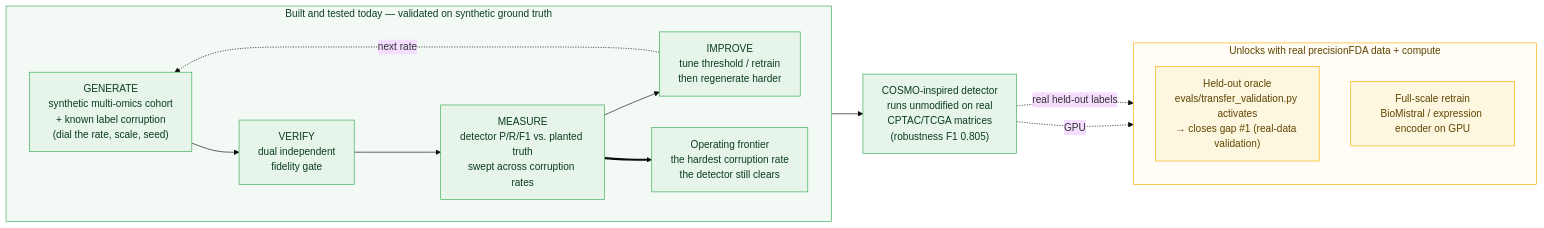
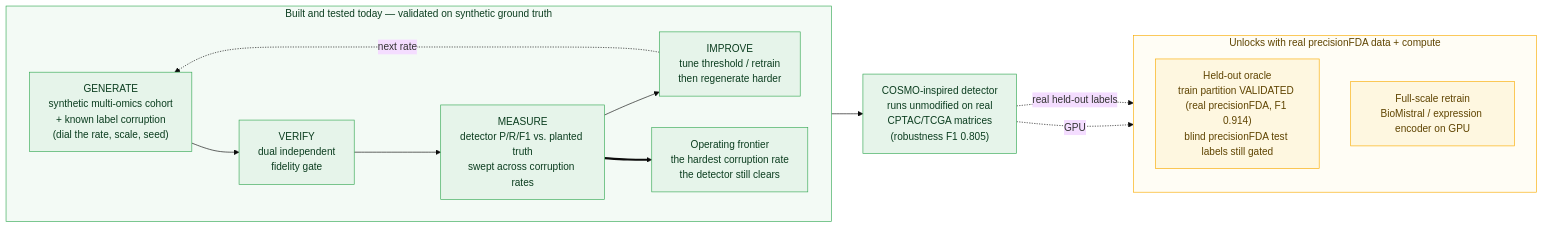
One commit to hossainpazooki/upstream-label-correction changed the first of 5 diagrams in README.md. Above: the diagram before and after it, drawn with Mermaid (base theme). The commit also changed other lines of this file and 6 other files, not shown here.

Commit message:
docs: record gap #1 train-oracle closure (real precisionFDA, F1 0.914)

````diff
--- a/README.md
+++ b/README.md
@@ -19,31 +19,31 @@
 ```mermaid
 flowchart LR
     subgraph TODAY["Built and tested today — validated on synthetic ground truth"]
         direction LR
         G["GENERATE<br/>synthetic multi-omics cohort<br/>+ known label corruption<br/>(dial the rate, scale, seed)"]
         V["VERIFY<br/>dual independent<br/>fidelity gate"]
         M["MEASURE<br/>detector P/R/F1 vs. planted truth<br/>swept across corruption rates"]
         I["IMPROVE<br/>tune threshold / retrain<br/>then regenerate harder"]
         G --> V --> M --> I
         I -. "next rate" .-> G
         M ==> FR["Operating frontier<br/>the hardest corruption rate<br/>the detector still clears"]
     end
 
     DET["COSMO-inspired detector<br/>runs unmodified on real<br/>CPTAC/TCGA matrices<br/>(robustness F1 0.805)"]
     I --> DET
 
     subgraph FUTURE["Unlocks with real precisionFDA data + compute"]
         direction TB
-        O["Held-out oracle<br/>evals/transfer_validation.py activates<br/>→ closes gap #1 (real-data validation)"]
+        O["Held-out oracle<br/>train partition VALIDATED (real precisionFDA, F1 0.914)<br/>blind precisionFDA test labels still gated"]
         T["Full-scale retrain<br/>BioMistral / expression encoder on GPU"]
     end
     DET -. "real held-out labels" .-> O
     DET -. "GPU" .-> T
 
     classDef built fill:#e6f4ea,stroke:#34a853,color:#0b3d1f;
     classDef future fill:#fef7e0,stroke:#f9ab00,color:#5f4400;
     class G,V,M,I,FR,DET built;
     class O,T future;
     style TODAY fill:#f3faf5,stroke:#34a853,color:#0b3d1f;
     style FUTURE fill:#fffdf5,stroke:#f9ab00,color:#5f4400;
 ```
````
